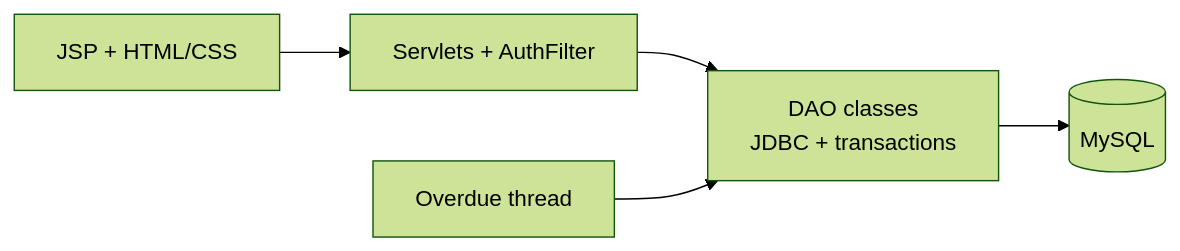
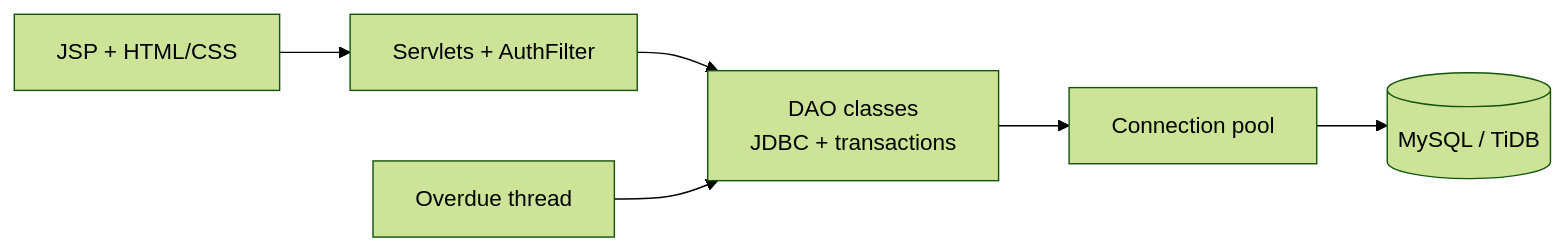
One commit to RudraS-Chauhan/ShareShelf changed the second of 3 diagrams in README.md. Above: the diagram before and after it, drawn with Mermaid (forest theme). The commit also changed other lines of this file and 37 other files, not shown here.

````diff
--- a/README.md
+++ b/README.md
@@ -70,7 +85,8 @@
 ```mermaid
 flowchart LR
     UI[JSP + HTML/CSS] --> S[Servlets + AuthFilter]
     S --> D[DAO classes<br/>JDBC + transactions]
-    D --> DB[(MySQL)]
+    D --> P[Connection pool]
+    P --> DB[(MySQL / TiDB)]
     T[Overdue thread] --> D
 ```
````
